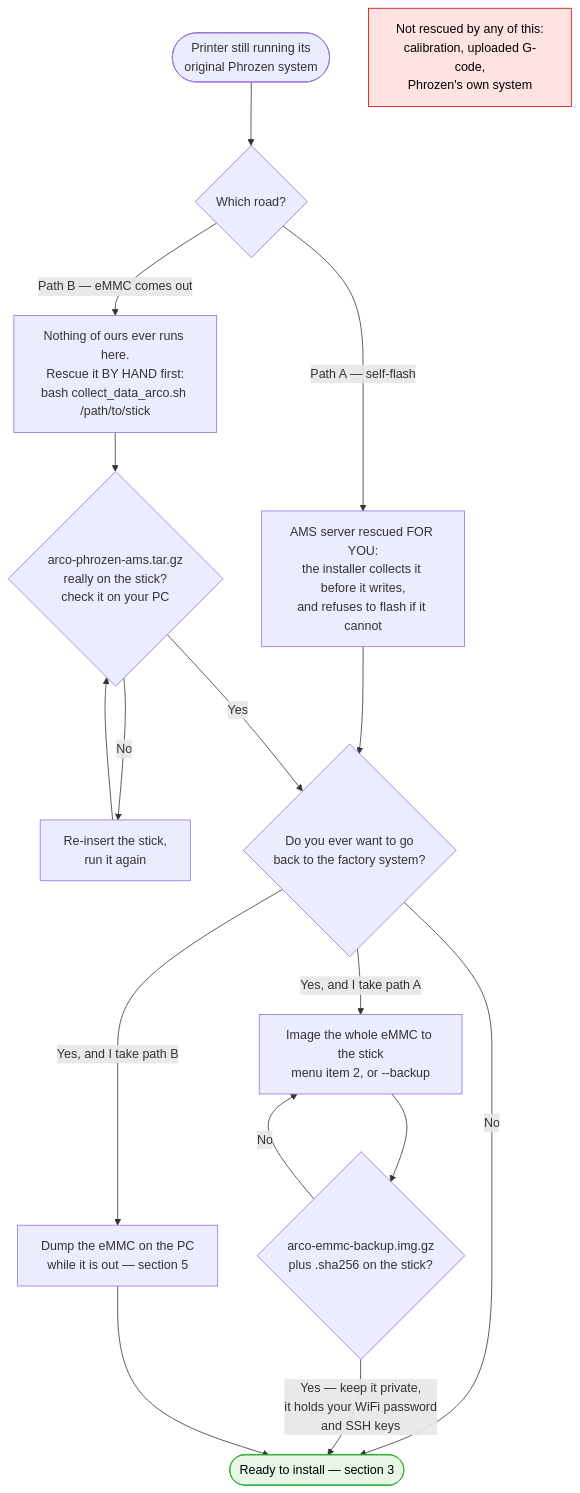
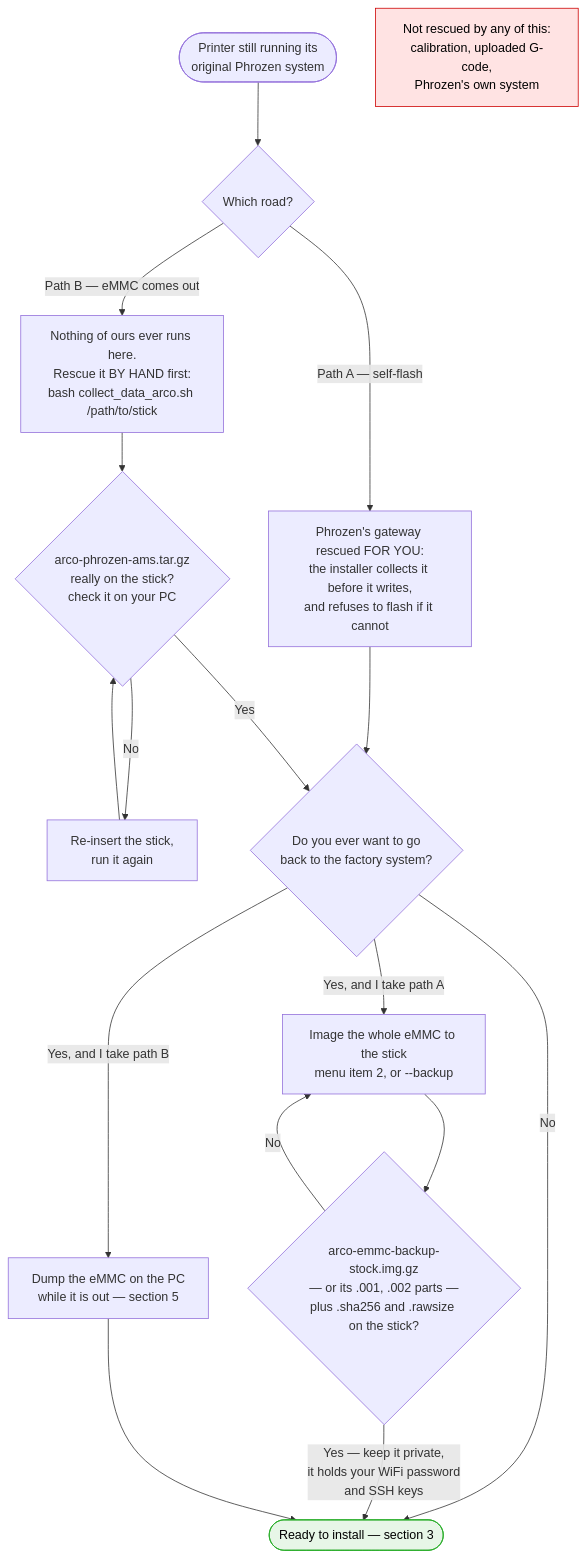
One commit to solutionphil/arco-unleashed changed the second of 16 diagrams in INSTALL-FLOWCHARTS.md. Above: the diagram before and after it, drawn with Mermaid. The commit also changed other lines of this file and 7 other files, not shown here.

````diff
--- a/INSTALL-FLOWCHARTS.md
+++ b/INSTALL-FLOWCHARTS.md
@@ -60,29 +60,29 @@
 ```mermaid
 flowchart TD
     P(["Printer still running its<br/>original Phrozen system"]) --> R{"Which road?"}
 
-    R -->|"Path A — self-flash"| A0["AMS server rescued FOR YOU:<br/>the installer collects it before it writes,<br/>and refuses to flash if it cannot"]
+    R -->|"Path A — self-flash"| A0["Phrozen's gateway rescued FOR YOU:<br/>the installer collects it before it writes,<br/>and refuses to flash if it cannot"]
     R -->|"Path B — eMMC comes out"| B0["Nothing of ours ever runs here.<br/>Rescue it BY HAND first:<br/>bash collect_data_arco.sh /path/to/stick"]
 
     B0 --> B0C{"arco-phrozen-ams.tar.gz<br/>really on the stick?<br/>check it on your PC"}
     B0C -->|"No"| B0R["Re-insert the stick,<br/>run it again"] --> B0C
 
     A0 --> W{"Do you ever want to go<br/>back to the factory system?"}
     B0C -->|"Yes"| W
 
     W -->|"No"| GO(["Ready to install — section 3"])
     W -->|"Yes, and I take path A"| B1["Image the whole eMMC to the stick<br/>menu item 2, or --backup"]
     W -->|"Yes, and I take path B"| B2["Dump the eMMC on the PC<br/>while it is out — section 5"]
 
-    B1 --> B1D{"arco-emmc-backup.img.gz<br/>plus .sha256 on the stick?"}
+    B1 --> B1D{"arco-emmc-backup-stock.img.gz<br/>— or its .001, .002 parts —<br/>plus .sha256 and .rawsize on the stick?"}
     B1D -->|"No"| B1
     B1D -->|"Yes — keep it private,<br/>it holds your WiFi password<br/>and SSH keys"| GO
     B2 --> GO
 
     N["Not rescued by any of this:<br/>calibration, uploaded G-code,<br/>Phrozen's own system"]
 
     classDef danger fill:#ffe3e3,stroke:#cc0000,color:#000
     classDef okay fill:#e7f6e7,stroke:#22aa22,color:#000
     class N danger
     class GO okay
 ```
````
